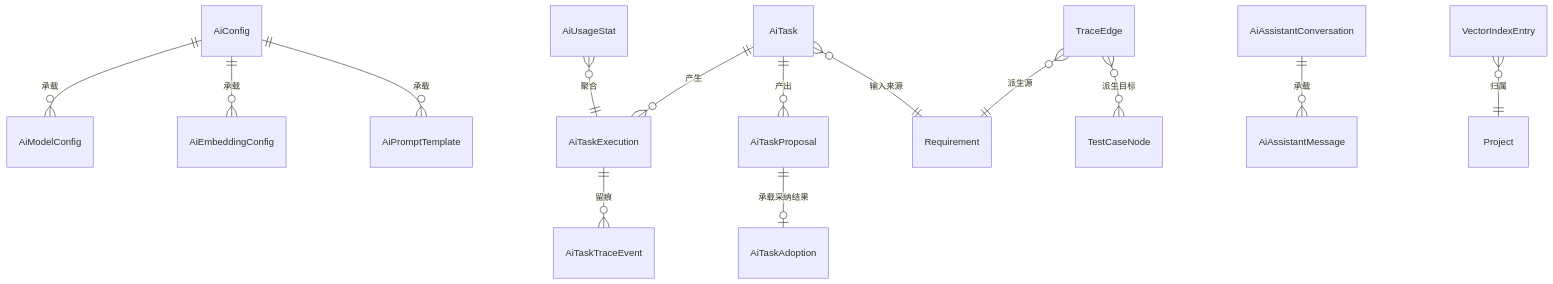
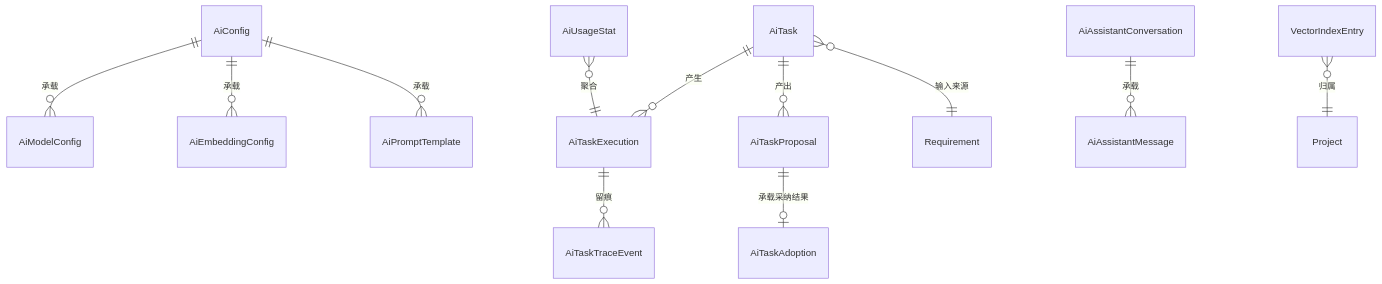
The second of 2 diagrams in docs/02-high-level-design/07-ai-capability/02-hld-ai-capability.md (XiaoMiSum/robotest), drawn with Mermaid before and after one commit. The commit also changed other lines of this file and 35 other files, not shown here.

````diff
--- a/docs/02-high-level-design/07-ai-capability/02-hld-ai-capability.md
+++ b/docs/02-high-level-design/07-ai-capability/02-hld-ai-capability.md
@@ -156,16 +145,14 @@
 ```mermaid
 erDiagram
     AiConfig ||--o{ AiModelConfig : 承载
     AiConfig ||--o{ AiEmbeddingConfig : 承载
     AiConfig ||--o{ AiPromptTemplate : 承载
     AiTask ||--o{ AiTaskExecution : 产生
     AiTaskExecution ||--o{ AiTaskTraceEvent : 留痕
     AiTask ||--o{ AiTaskProposal : 产出
     AiTaskProposal ||--o| AiTaskAdoption : 承载采纳结果
     AiTask }o--|| Requirement : 输入来源
     AiUsageStat }o--|| AiTaskExecution : 聚合
-    TraceEdge }o--|| Requirement : 派生源
-    TraceEdge }o--o{ TestCaseNode : 派生目标
     AiAssistantConversation ||--o{ AiAssistantMessage : 承载
     VectorIndexEntry }o--|| Project : 归属
 ```
````
